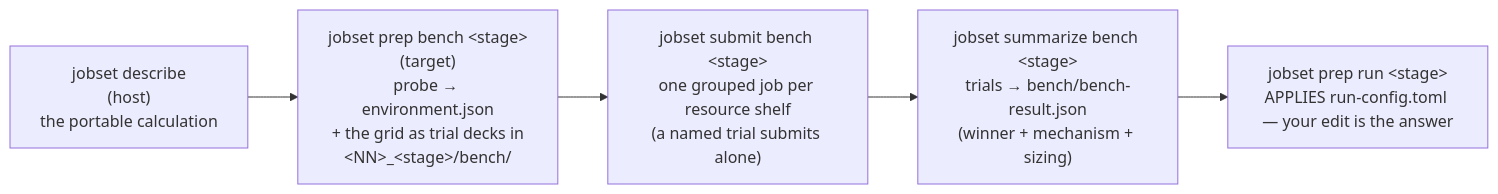
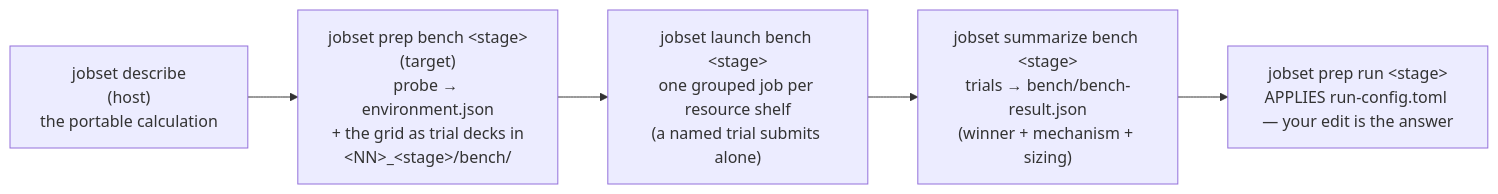
One commit to Qing-LAB/molbuilder changed the ninth of 9 diagrams in docs/execution/job-system.md. Above: the diagram before and after it, drawn with Mermaid. The commit also changed other lines of this file and 37 other files, not shown here.

First line of the commit message:
refactor(cli)!: `jobset submit` -> `jobset launch` -- the verb stops naming one of its modes

````diff
--- a/docs/execution/job-system.md
+++ b/docs/execution/job-system.md
@@ -1156,9 +1156,9 @@
 ```mermaid
 flowchart LR
     D["jobset describe<br/>(host)<br/>the portable calculation"]
     P["jobset prep bench &lt;stage&gt;<br/>(target)<br/>probe → environment.json<br/>+ the grid as trial decks in<br/>&lt;NN&gt;_&lt;stage&gt;/bench/"]
-    R["jobset submit bench &lt;stage&gt;<br/>one grouped job per resource shelf<br/>(a named trial submits alone)"]
+    R["jobset launch bench &lt;stage&gt;<br/>one grouped job per resource shelf<br/>(a named trial submits alone)"]
     S["jobset summarize bench &lt;stage&gt;<br/>trials → bench/bench-result.json<br/>(winner + mechanism + sizing)"]
     PR["jobset prep run &lt;stage&gt;<br/>APPLIES run-config.toml — your edit is the answer"]
     D --> P --> R --> S --> PR
 ```
````
